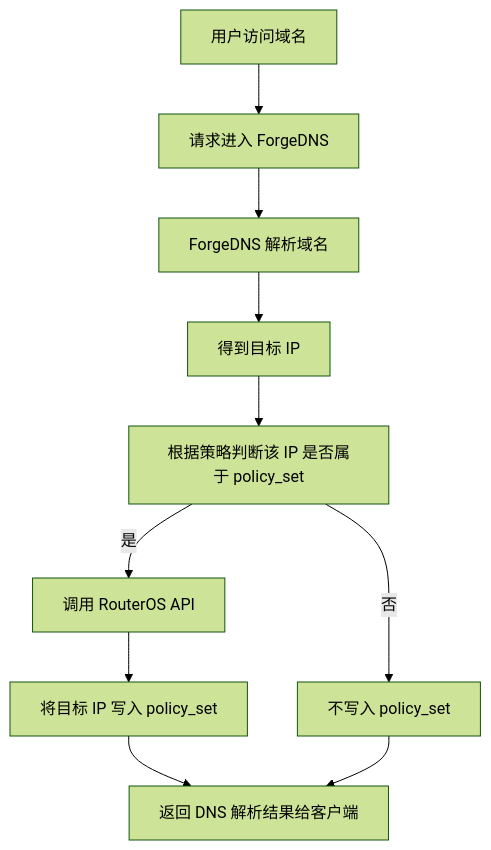
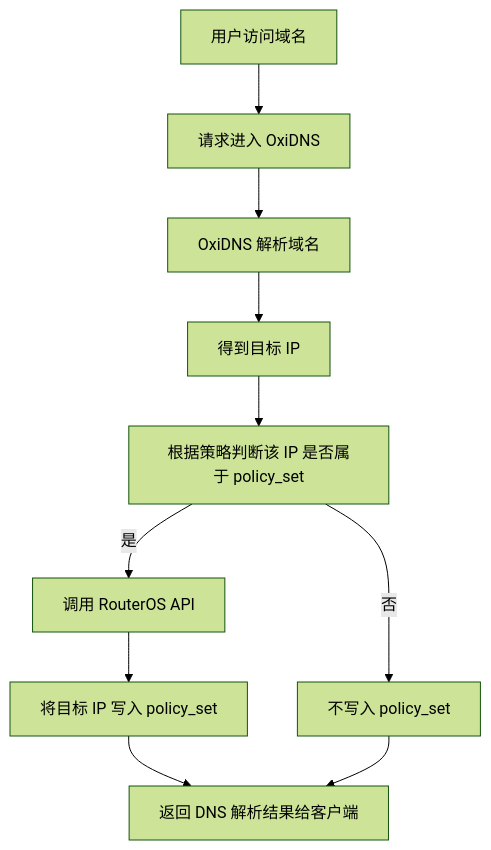
One commit to SvenShi/forgedns changed the first of 2 diagrams in docs/docs/mikrotik-policy-routing.md. Above: the diagram before and after it, drawn with Mermaid (forest theme). The commit also changed other lines of this file and 133 other files, not shown here.

First line of the commit message:
chore(brand): rename ForgeDNS to OxiDNS

````diff
--- a/docs/docs/mikrotik-policy-routing.md
+++ b/docs/docs/mikrotik-policy-routing.md
@@ -26,14 +26,14 @@
 ```mermaid
 flowchart TD
-    A["用户访问域名"] --> B["请求进入 ForgeDNS"]
-    B --> C["ForgeDNS 解析域名"]
+    A["用户访问域名"] --> B["请求进入 OxiDNS"]
+    B --> C["OxiDNS 解析域名"]
     C --> D["得到目标 IP"]
     D --> E["根据策略判断该 IP 是否属于 policy_set"]
 
     E -->|是| F["调用 RouterOS API"]
     F --> G["将目标 IP 写入 policy_set"]
     G --> H["返回 DNS 解析结果给客户端"]
 
     E -->|否| I["不写入 policy_set"]
     I --> H
 ```
````
